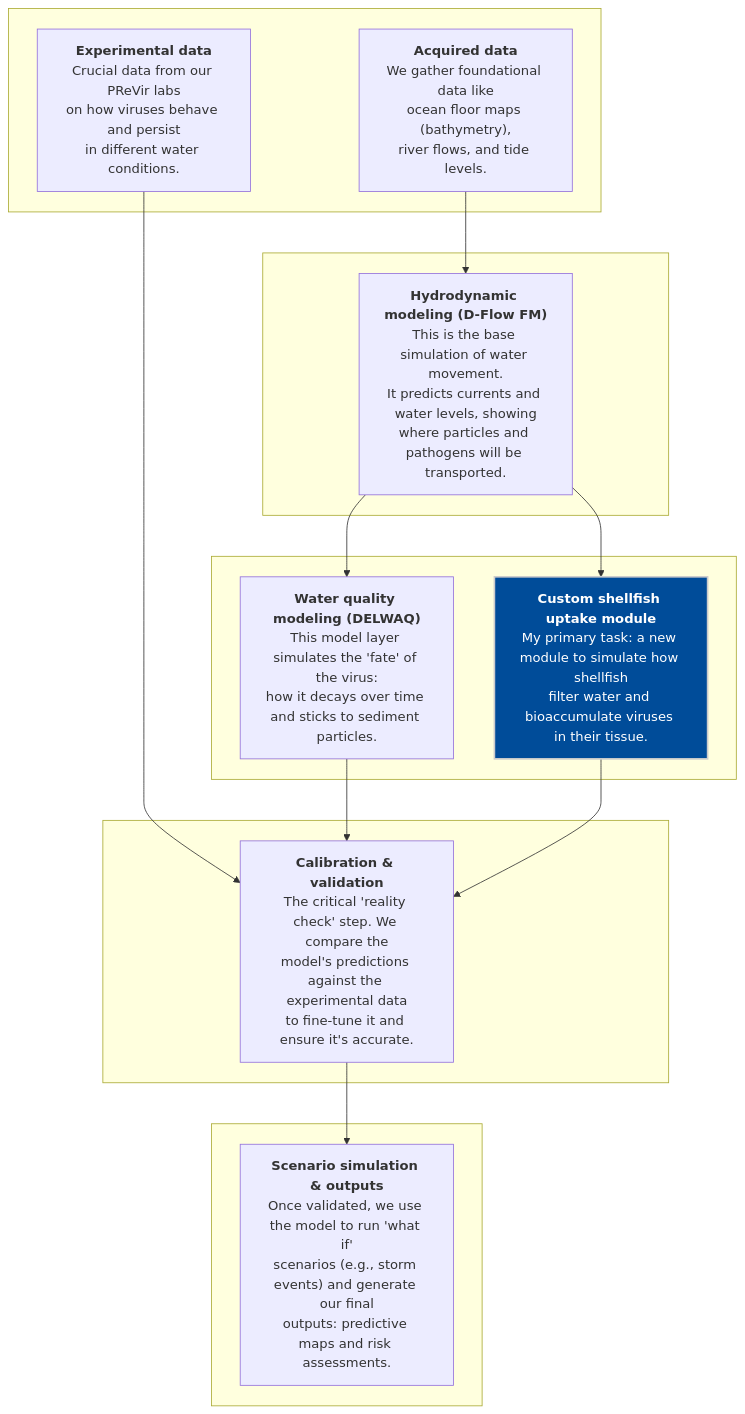
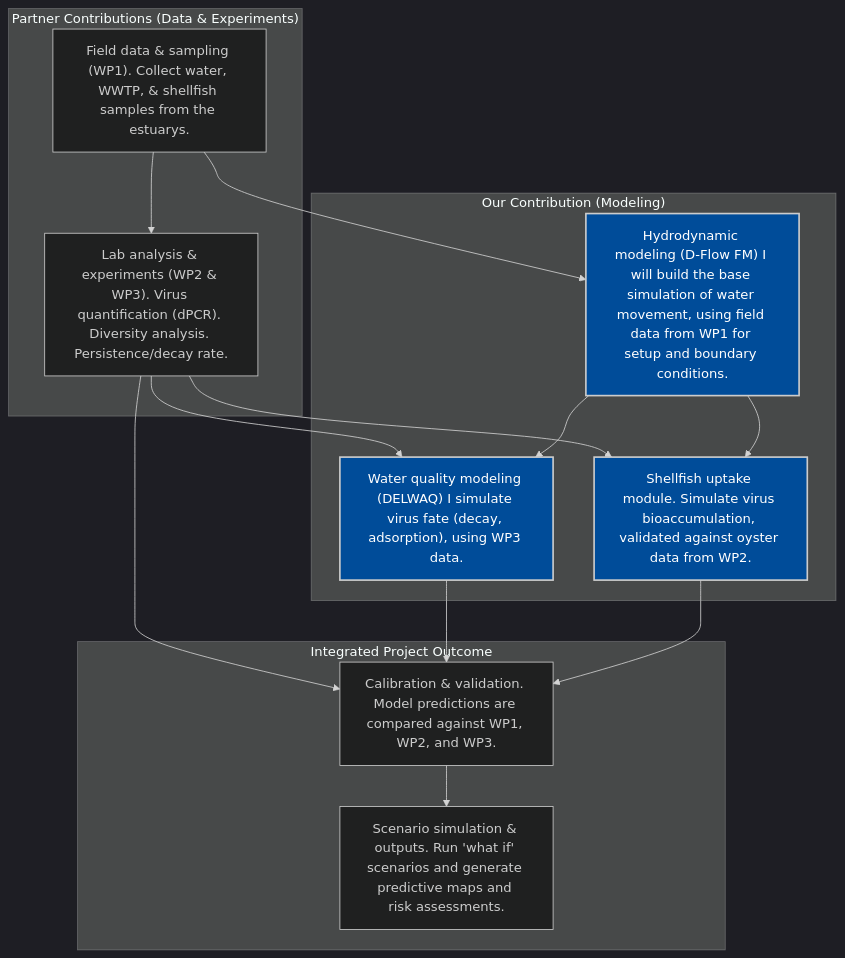
Before and after one commit to microstijn/PreVirS: the diagram in README.md, drawn with Mermaid.

````diff
--- a/README.md
+++ b/README.md
@@ -1,37 +1,38 @@
 ```mermaid
 
+%%{init: {'theme': 'dark', 'themeVariables': {'background': '#002060'}}}%%
 graph TD
-    subgraph " "
-        A["<b>Acquired data</b><br>We gather foundational data like<br>ocean floor maps (bathymetry),<br>river flows, and tide levels."]
-        B["<b>Experimental data</b><br>Crucial data from our PReVir labs<br>on how viruses behave and persist<br>in different water conditions."]
+    subgraph "Partner Contributions (Data & Experiments)"
+        A[" Field data & sampling (WP1). Collect water, WWTP, & shellfish samples from the estuarys."]
+        B[" Lab analysis & experiments (WP2 & WP3). Virus quantification (dPCR). Diversity analysis. Persistence/decay rate."]
     end
 
-    subgraph " "
-        C["<b>Hydrodynamic modeling (D-Flow FM)</b><br>This is the base simulation of water movement.<br>It predicts currents and water levels, showing<br>where particles and pathogens will be transported."]
+    subgraph "Our Contribution (Modeling)"
+        C[" Hydrodynamic modeling (D-Flow FM) I will build the base simulation of water movement, using field data from WP1 for setup and boundary conditions."]
+        D[" Water quality modeling (DELWAQ) I simulate virus fate (decay, adsorption), using WP3 data."]
+        E[" Shellfish uptake module. Simulate virus bioaccumulation, validated against oyster data from WP2."]
     end
 
-    subgraph " "
-        D["<b>Water quality modeling (DELWAQ)</b><br>This model layer simulates the 'fate' of the virus:<br>how it decays over time and sticks to sediment particles."]
-        E["<b>Custom shellfish uptake module</b><br>My primary task: a new module to simulate how shellfish<br>filter water and bioaccumulate viruses in their tissue."]
+    subgraph "Integrated Project Outcome"
+        F[" Calibration & validation. Model predictions are compared against WP1, WP2, and WP3."]
+        G[" Scenario simulation & outputs. Run 'what if' scenarios and generate predictive maps and risk assessments."]
     end
 
-    subgraph " "
-        F["<b>Calibration & validation</b><br>The critical 'reality check' step. We compare the<br>model's predictions against the experimental data<br>to fine-tune it and ensure it's accurate."]
-    end
-
-    subgraph " "
-        G["<b>Scenario simulation & outputs</b><br>Once validated, we use the model to run 'what if'<br>scenarios (e.g., storm events) and generate our final<br>outputs: predictive maps and risk assessments."]
-    end
-
-
     A --> C
+    A --> B
+    B --> D
+    B --> E
     B --> F
     C --> D
     C --> E
     D --> F
     E --> F
     F --> G
 
+    style C fill:#004c99,stroke:#ccc,stroke-width:2px,color:#fff
+    style D fill:#004c99,stroke:#ccc,stroke-width:2px,color:#fff
     style E fill:#004c99,stroke:#ccc,stroke-width:2px,color:#fff
 
+
+
 ```
````
